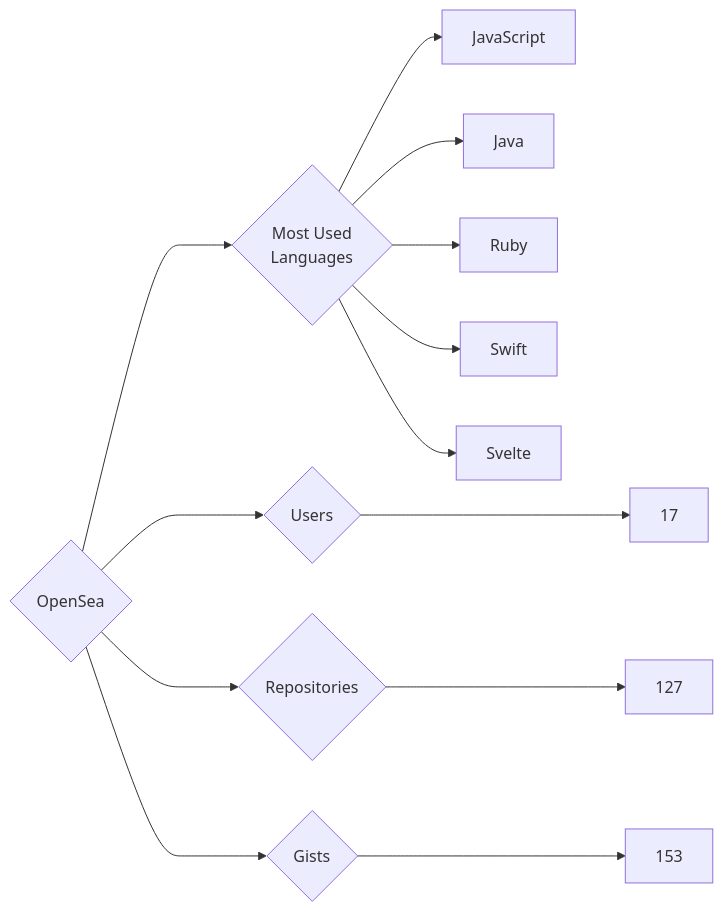
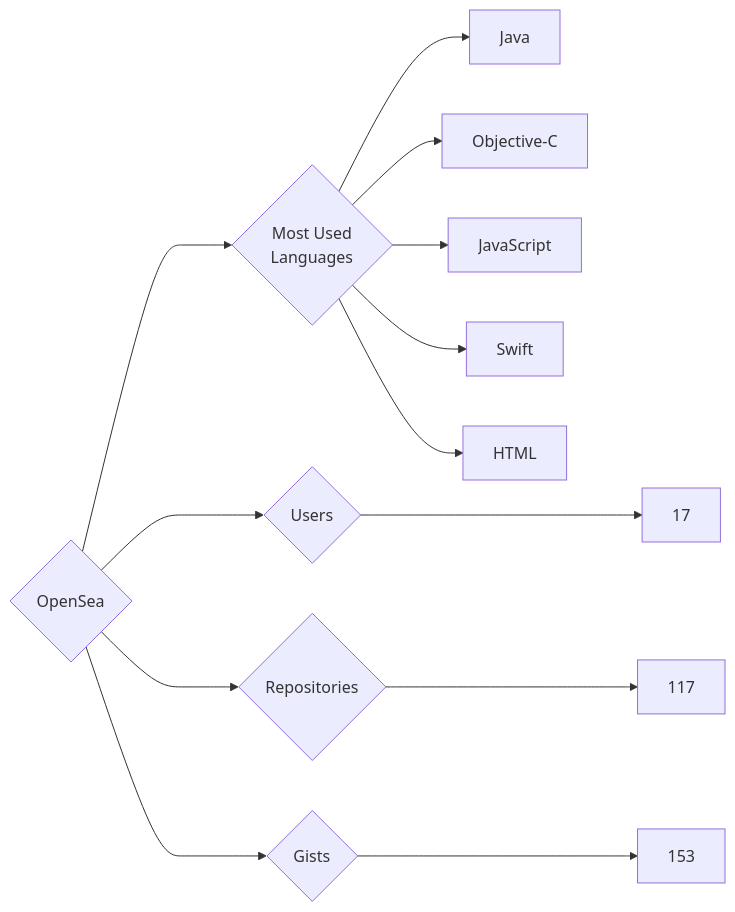
One commit to trickest/insiders changed the diagram in targets/OpenSea/README.md. Above: the diagram before and after it, drawn with Mermaid. The commit also changed 765 other files, not shown here.

````diff
--- a/targets/OpenSea/README.md
+++ b/targets/OpenSea/README.md
@@ -3,13 +3,13 @@
 ```mermaid
 graph LR
 COMPANY_NAME{OpenSea}
 COMPANY_NAME ---> U{Users} ---> UN[17]
-COMPANY_NAME ---> R{Repositories} ---> RN[127]
+COMPANY_NAME ---> R{Repositories} ---> RN[117]
 COMPANY_NAME ---> G{Gists} ---> GN[153]
 COMPANY_NAME ---> ML{Most Used<br>Languages}
+ML --> Java[Java]
+ML --> Objective-C[Objective-C]
 ML --> JavaScript[JavaScript]
-ML --> Java[Java]
-ML --> Ruby[Ruby]
 ML --> Swift[Swift]
-ML --> Svelte[Svelte]
+ML --> HTML[HTML]
 ```
````
